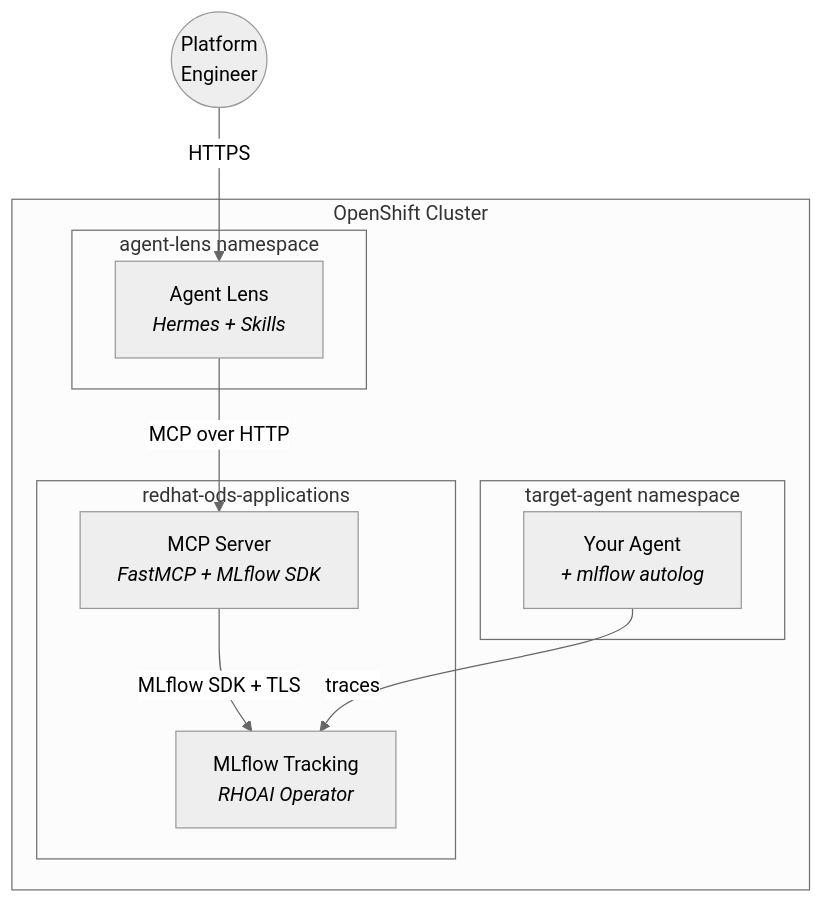
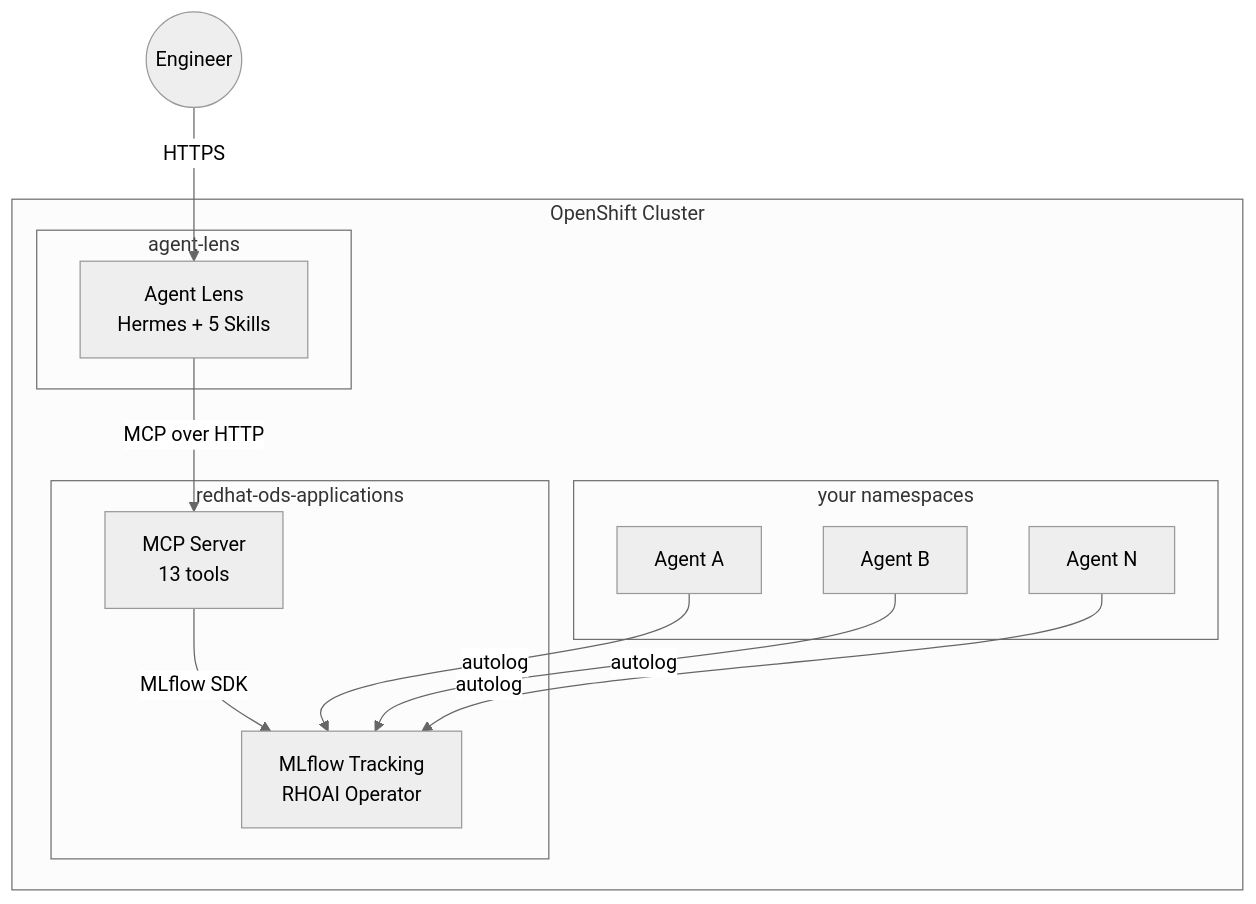
One commit to rrbanda/agent-lens changed the second of 2 diagrams in README.md. Above: the diagram before and after it, drawn with Mermaid. The commit also changed other lines of this file and 1 other file, not shown here.

````diff
--- a/README.md
+++ b/README.md
@@ -62,23 +117,21 @@
 ```mermaid
 %%{init: {'theme': 'neutral'}}%%
 graph TB
     subgraph cluster[OpenShift Cluster]
-        subgraph ns_al[agent-lens namespace]
-            Agent[Agent Lens<br/><i>Hermes + Skills</i>]
+        subgraph ns1[agent-lens]
+            Agent[Agent Lens<br/>Hermes + 5 Skills]
         end
-
-        subgraph ns_rhoai[redhat-ods-applications]
-            MCP[MCP Server<br/><i>FastMCP + MLflow SDK</i>]
-            MLflow[MLflow Tracking<br/><i>RHOAI Operator</i>]
+        subgraph ns2[redhat-ods-applications]
+            MCP[MCP Server<br/>13 tools]
+            MLflow[MLflow Tracking<br/>RHOAI Operator]
         end
-
-        subgraph ns_target[target-agent namespace]
-            Target[Your Agent<br/><i>+ mlflow autolog</i>]
+        subgraph ns3[your namespaces]
+            A1[Agent A] & A2[Agent B] & A3[Agent N]
         end
     end
 
-    User((Platform<br/>Engineer)) -->|HTTPS| Agent
+    User((Engineer)) -->|HTTPS| Agent
     Agent -->|MCP over HTTP| MCP
-    MCP -->|MLflow SDK + TLS| MLflow
-    Target -->|traces| MLflow
+    MCP -->|MLflow SDK| MLflow
+    A1 & A2 & A3 -->|autolog| MLflow
 ```
````
